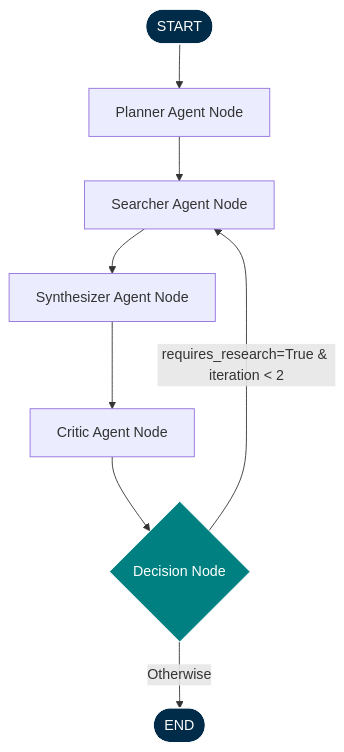
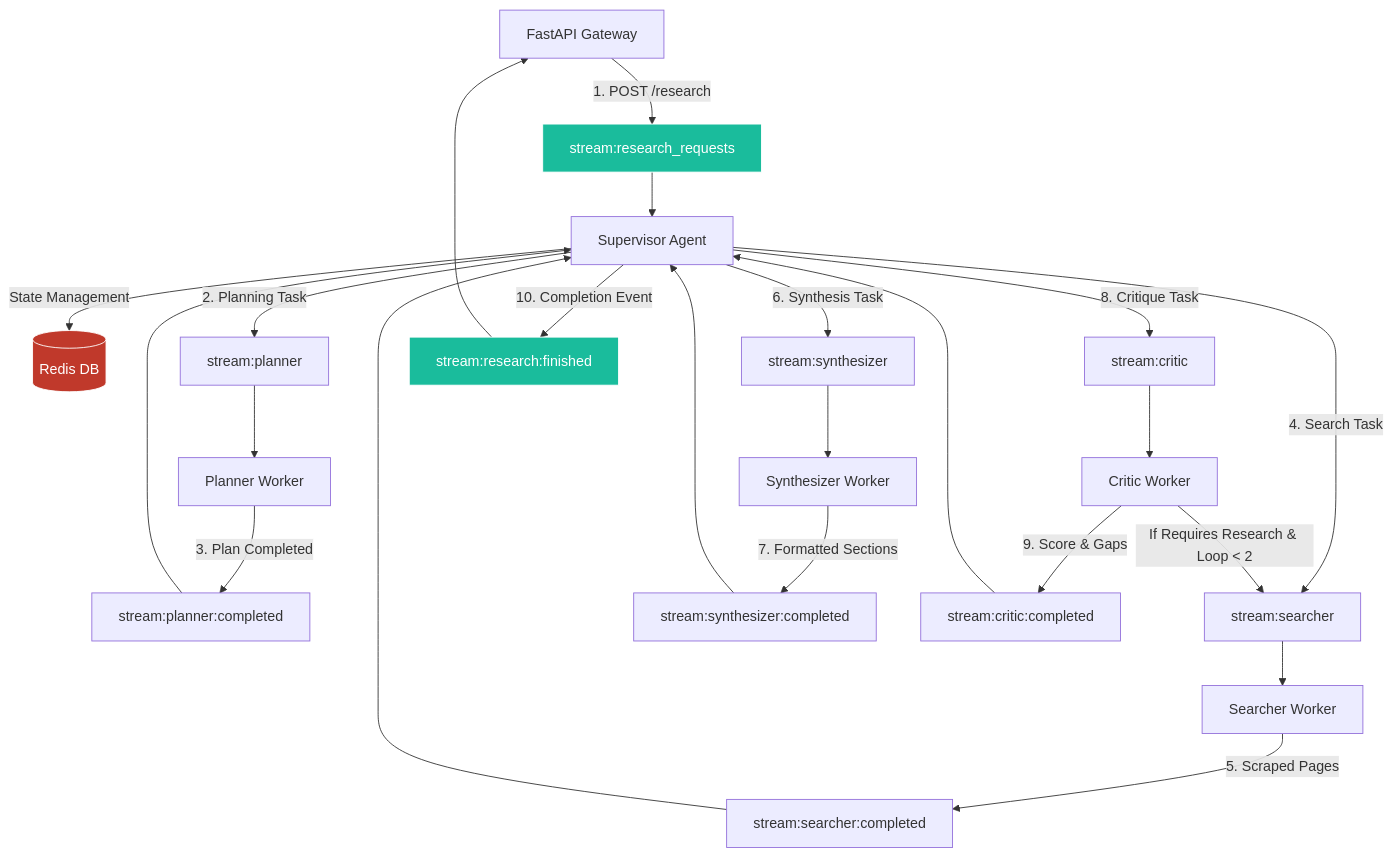
One commit to bharath-v-n-13/Multi-Agent-Web-Research-Summarization-Pipeline- changed the diagram in README.md. Above: the diagram before and after it, drawn with Mermaid. The commit also changed other lines of this file and 24 other files, not shown here.

Commit message:
Refactor multi-agent pipeline to event-driven message-bus architecture with Redis Streams

````diff
--- a/README.md
+++ b/README.md
@@ -82,15 +13,36 @@
 ```mermaid
 graph TD
-    START([START]) --> Planner[Planner Agent Node]
-    Planner --> Searcher[Searcher Agent Node]
-    Searcher --> Synthesizer[Synthesizer Agent Node]
-    Synthesizer --> Critic[Critic Agent Node]
+    API[FastAPI Gateway] -- "1. POST /research" --> ReqStream[stream:research_requests]
+    ReqStream --> Supervisor[Supervisor Agent]
     
-    Critic --> Decision{Decision Node}
-    Decision -- "requires_research=True & iteration < 2" --> Searcher
-    Decision -- "Otherwise" --> END([END])
+    Supervisor -- "State Management" --> RedisDB[(Redis DB)]
     
-    style START fill:#002B49,stroke:#fff,stroke-width:1px,color:#fff
-    style END fill:#002B49,stroke:#fff,stroke-width:1px,color:#fff
-    style Decision fill:#008080,stroke:#fff,stroke-width:1px,color:#fff
+    Supervisor -- "2. Planning Task" --> PlannerStream[stream:planner]
+    PlannerStream --> Planner[Planner Worker]
+    Planner -- "3. Plan Completed" --> PlannerComp[stream:planner:completed]
+    PlannerComp --> Supervisor
+    
+    Supervisor -- "4. Search Task" --> SearcherStream[stream:searcher]
+    SearcherStream --> Searcher[Searcher Worker]
+    Searcher -- "5. Scraped Pages" --> SearcherComp[stream:searcher:completed]
+    SearcherComp --> Supervisor
+    
+    Supervisor -- "6. Synthesis Task" --> SynthStream[stream:synthesizer]
+    SynthStream --> Synthesizer[Synthesizer Worker]
+    Synthesizer -- "7. Formatted Sections" --> SynthComp[stream:synthesizer:completed]
+    SynthComp --> Supervisor
+    
+    Supervisor -- "8. Critique Task" --> CriticStream[stream:critic]
+    CriticStream --> Critic[Critic Worker]
+    Critic -- "9. Score & Gaps" --> CriticComp[stream:critic:completed]
+    CriticComp --> Supervisor
+    
+    Critic -- "If Requires Research & Loop < 2" --> SearcherStream
+    
+    Supervisor -- "10. Completion Event" --> FinishedStream[stream:research:finished]
+    FinishedStream --> API
+    
+    style RedisDB fill:#c0392b,stroke:#fff,color:#fff
+    style ReqStream fill:#1abc9c,stroke:#fff,color:#fff
+    style FinishedStream fill:#1abc9c,stroke:#fff,color:#fff
 ```
````
